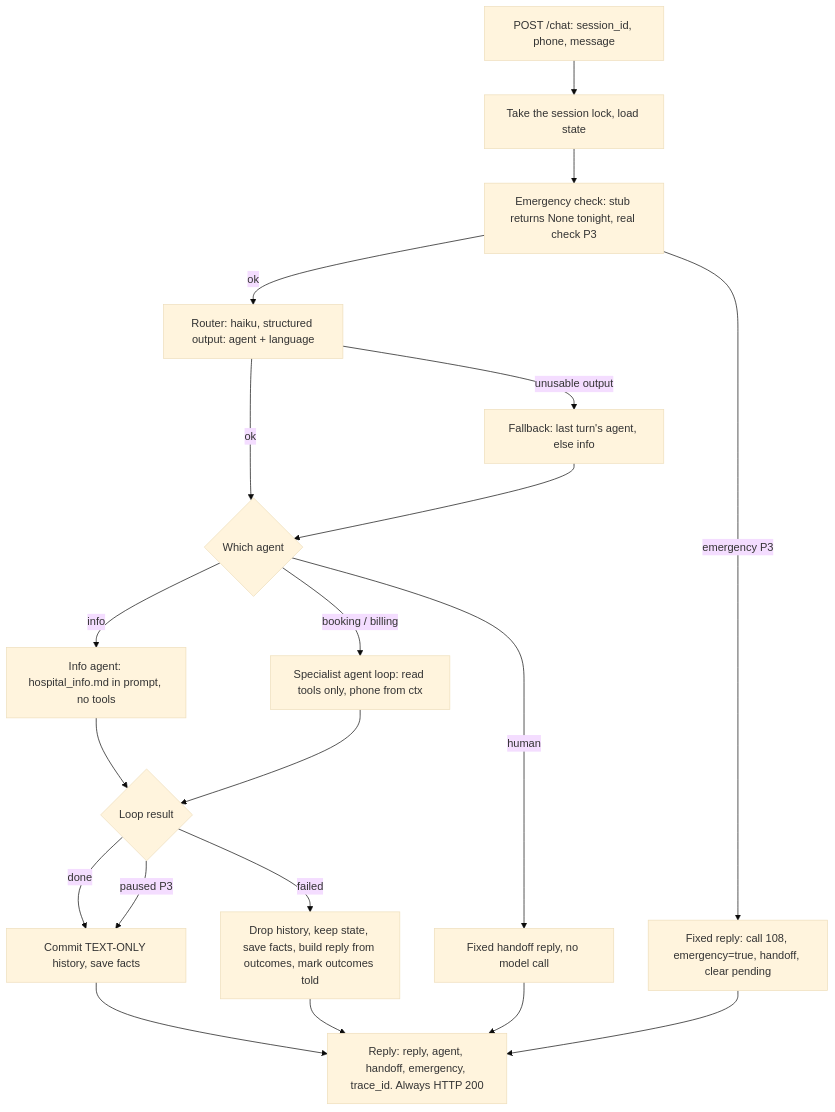
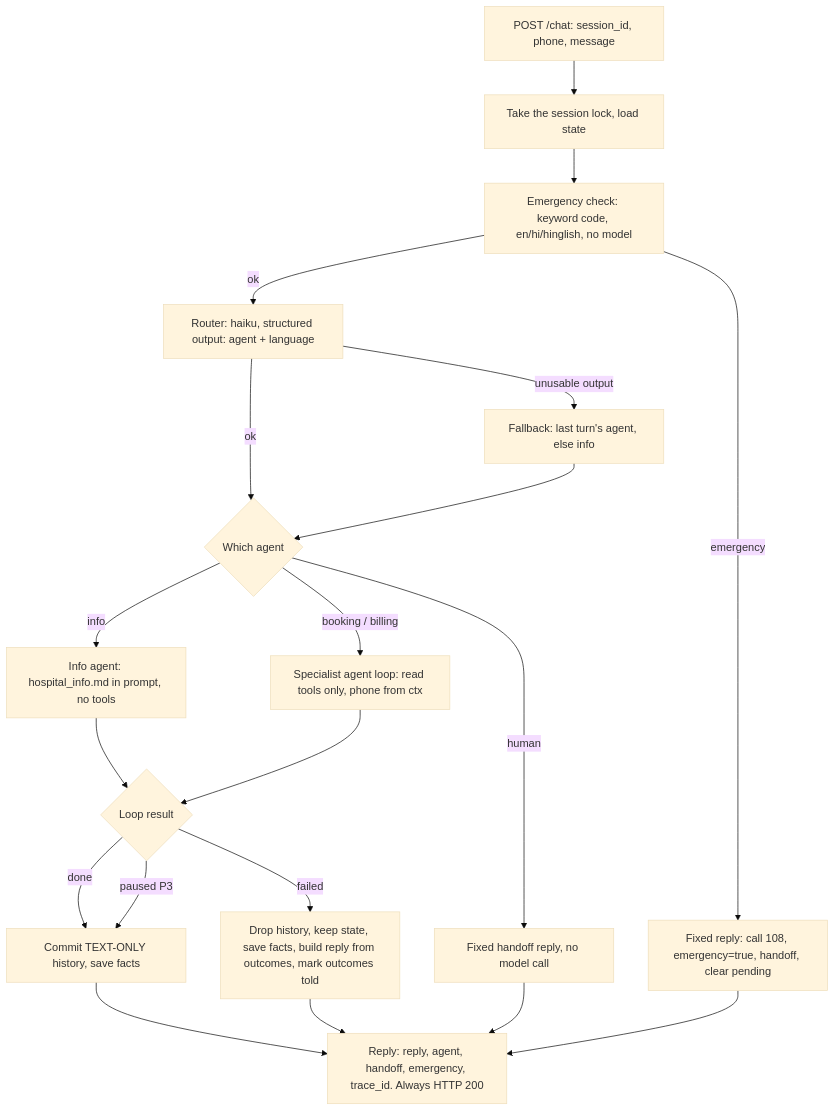
Before and after one commit to Kcodess2807/citycare-agent: the first of 8 diagrams in docs/flow.md, drawn with Mermaid (base theme). The commit also changed other lines of this file and 4 other files, not shown here.

First line of the commit message:
Add emergency detector in code for English, Hindi and Hinglish

````diff
--- a/docs/flow.md
+++ b/docs/flow.md
@@ -10,22 +10,22 @@
 ```mermaid
 flowchart TD
     A[POST /chat: session_id, phone, message] --> L[Take the session lock, load state]
-    L --> E[Emergency check: stub returns None tonight, real check P3]
-    E -- emergency P3 --> X[Fixed reply: call 108, emergency=true, handoff, clear pending]
+    L --> E[Emergency check: keyword code, en/hi/hinglish, no model]
+    E -- emergency --> X[Fixed reply: call 108, emergency=true, handoff, clear pending]
     E -- ok --> R[Router: haiku, structured output: agent + language]
     R -- unusable output --> RF[Fallback: last turn's agent, else info]
     R -- ok --> S
     RF --> S{Which agent}
     S -- human --> HU[Fixed handoff reply, no model call]
     S -- info --> AI[Info agent: hospital_info.md in prompt, no tools]
     S -- booking / billing --> AB[Specialist agent loop: read tools only, phone from ctx]
     AI --> RES
     AB --> RES{Loop result}
     RES -- done --> OK[Commit TEXT-ONLY history, save facts]
     RES -- paused P3 --> OK
     RES -- failed --> FL[Drop history, keep state, save facts, build reply from outcomes, mark outcomes told]
     OK --> K[Reply: reply, agent, handoff, emergency, trace_id. Always HTTP 200]
     FL --> K
     HU --> K
     X --> K
 ```
````
